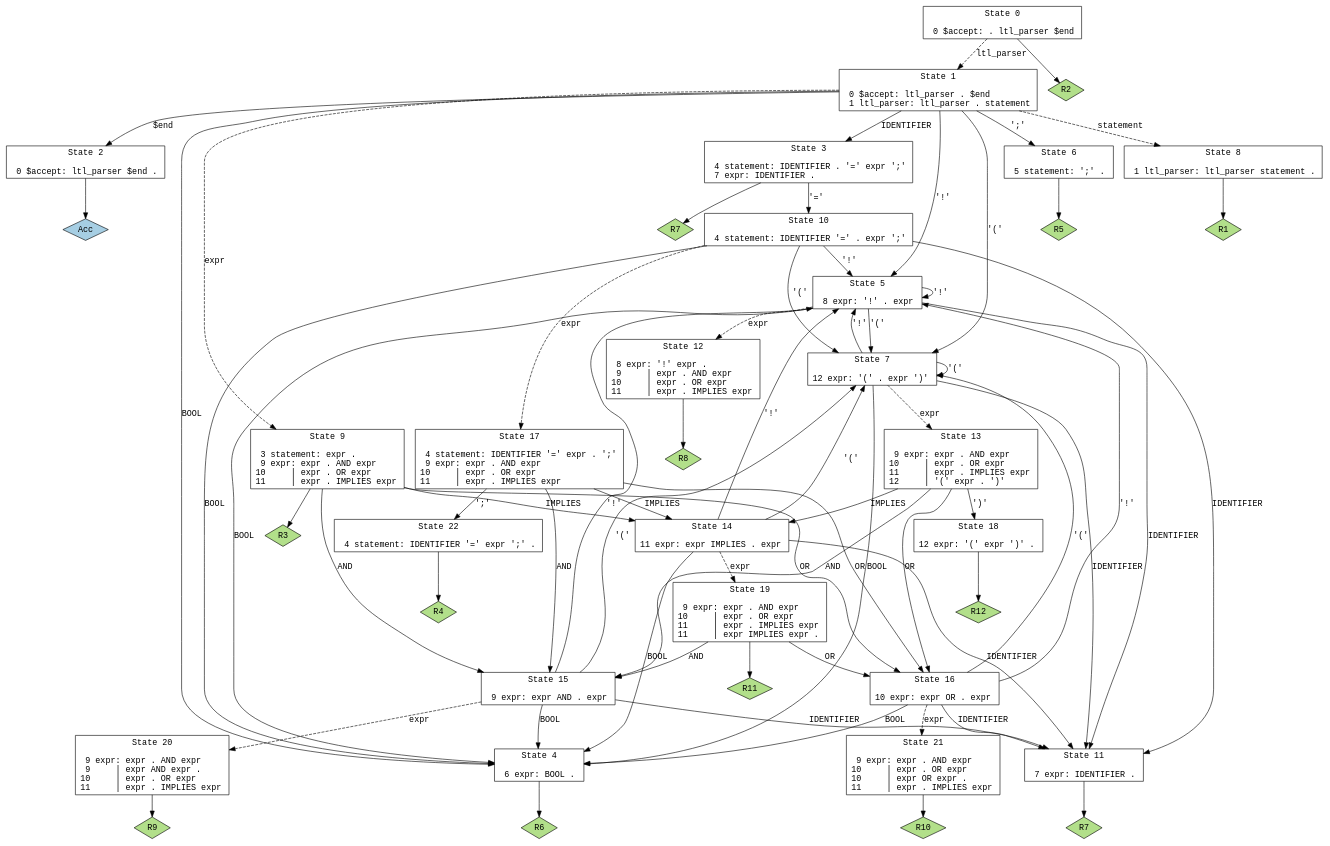
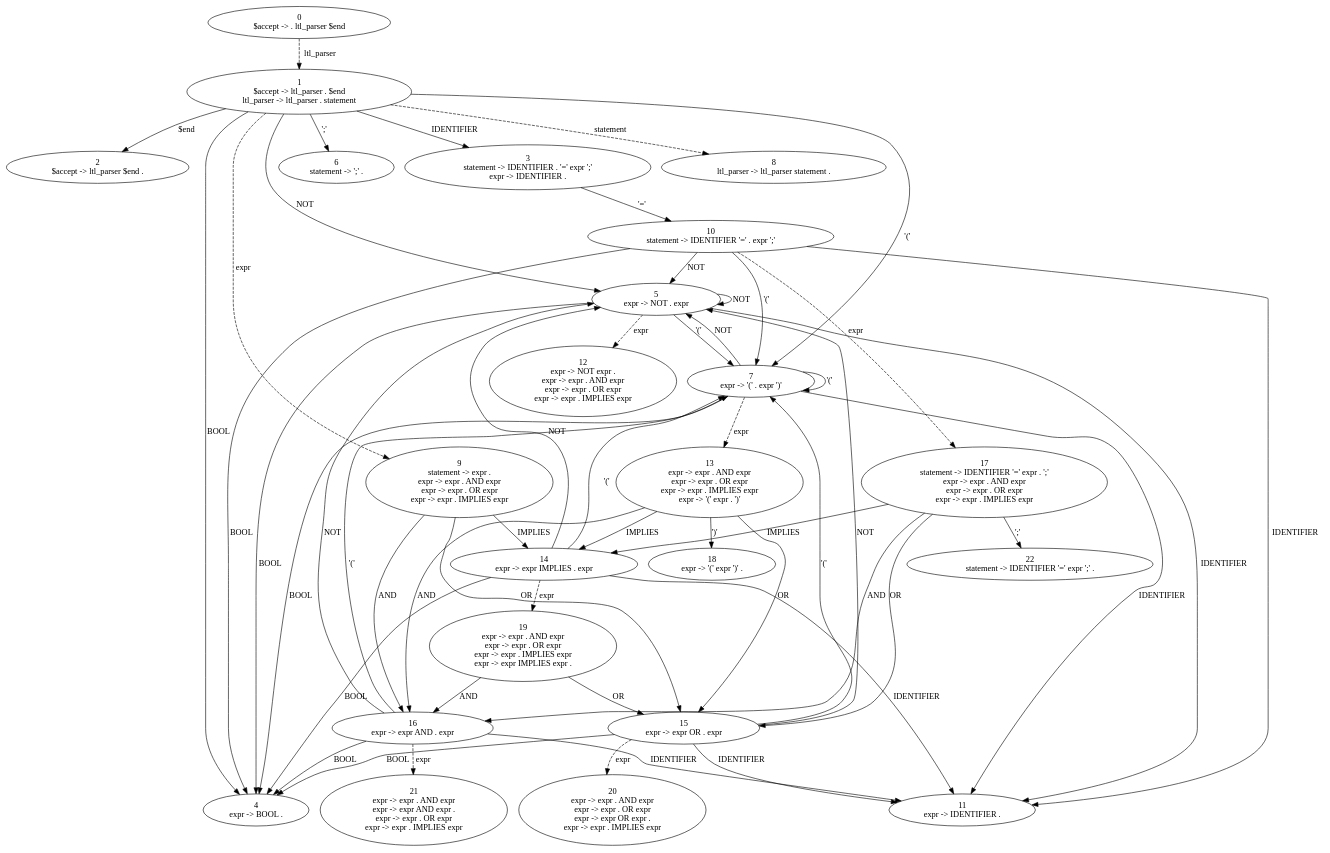
The diagram in ltl_parser.dot (huseinz/tracever), drawn with Graphviz before and after one commit. The commit also changed 11 other files, not shown here.

```diff
--- a/ltl_parser.dot
+++ b/ltl_parser.dot
@@ -1,114 +1,83 @@
-// Generated by GNU Bison 3.0.2.
+// Generated by GNU Bison 2.5.
 // Report bugs to <bug-bison@gnu.org>.
 // Home page: <http://www.gnu.org/software/bison/>.
 
 digraph "ltl_parser.y"
 {
-  node [fontname = courier, shape = box, colorscheme = paired6]
-  edge [fontname = courier]
-
-  0 [label="State 0\n\l  0 $accept: . ltl_parser $end\l"]
+  0 [label="0\n$accept -> . ltl_parser $end"]
   0 -> 1 [style=dashed label="ltl_parser"]
-  0 -> "0R2" [style=solid]
- "0R2" [label="R2", fillcolor=3, shape=diamond, style=filled]
-  1 [label="State 1\n\l  0 $accept: ltl_parser . $end\l  1 ltl_parser: ltl_parser . statement\l"]
+  1 [label="1\n$accept -> ltl_parser . $end\nltl_parser -> ltl_parser . statement"]
   1 -> 2 [style=solid label="$end"]
   1 -> 3 [style=solid label="IDENTIFIER"]
   1 -> 4 [style=solid label="BOOL"]
-  1 -> 5 [style=solid label="'!'"]
+  1 -> 5 [style=solid label="NOT"]
   1 -> 6 [style=solid label="';'"]
   1 -> 7 [style=solid label="'('"]
   1 -> 8 [style=dashed label="statement"]
   1 -> 9 [style=dashed label="expr"]
-  2 [label="State 2\n\l  0 $accept: ltl_parser $end .\l"]
-  2 -> "2R0" [style=solid]
- "2R0" [label="Acc", fillcolor=1, shape=diamond, style=filled]
-  3 [label="State 3\n\l  4 statement: IDENTIFIER . '=' expr ';'\l  7 expr: IDENTIFIER .\l"]
+  2 [label="2\n$accept -> ltl_parser $end ."]
+  3 [label="3\nstatement -> IDENTIFIER . '=' expr ';'\nexpr -> IDENTIFIER ."]
   3 -> 10 [style=solid label="'='"]
-  3 -> "3R7" [style=solid]
- "3R7" [label="R7", fillcolor=3, shape=diamond, style=filled]
-  4 [label="State 4\n\l  6 expr: BOOL .\l"]
-  4 -> "4R6" [style=solid]
- "4R6" [label="R6", fillcolor=3, shape=diamond, style=filled]
-  5 [label="State 5\n\l  8 expr: '!' . expr\l"]
+  4 [label="4\nexpr -> BOOL ."]
+  5 [label="5\nexpr -> NOT . expr"]
   5 -> 11 [style=solid label="IDENTIFIER"]
   5 -> 4 [style=solid label="BOOL"]
-  5 -> 5 [style=solid label="'!'"]
+  5 -> 5 [style=solid label="NOT"]
   5 -> 7 [style=solid label="'('"]
   5 -> 12 [style=dashed label="expr"]
-  6 [label="State 6\n\l  5 statement: ';' .\l"]
-  6 -> "6R5" [style=solid]
- "6R5" [label="R5", fillcolor=3, shape=diamond, style=filled]
-  7 [label="State 7\n\l 12 expr: '(' . expr ')'\l"]
+  6 [label="6\nstatement -> ';' ."]
+  7 [label="7\nexpr -> '(' . expr ')'"]
   7 -> 11 [style=solid label="IDENTIFIER"]
   7 -> 4 [style=solid label="BOOL"]
-  7 -> 5 [style=solid label="'!'"]
+  7 -> 5 [style=solid label="NOT"]
   7 -> 7 [style=solid label="'('"]
   7 -> 13 [style=dashed label="expr"]
-  8 [label="State 8\n\l  1 ltl_parser: ltl_parser statement .\l"]
-  8 -> "8R1" [style=solid]
- "8R1" [label="R1", fillcolor=3, shape=diamond, style=filled]
-  9 [label="State 9\n\l  3 statement: expr .\l  9 expr: expr . AND expr\l 10     | expr . OR expr\l 11     | expr . IMPLIES expr\l"]
+  8 [label="8\nltl_parser -> ltl_parser statement ."]
+  9 [label="9\nstatement -> expr .\nexpr -> expr . AND expr\nexpr -> expr . OR expr\nexpr -> expr . IMPLIES expr"]
   9 -> 14 [style=solid label="IMPLIES"]
-  9 -> 15 [style=solid label="AND"]
-  9 -> 16 [style=solid label="OR"]
-  9 -> "9R3" [style=solid]
- "9R3" [label="R3", fillcolor=3, shape=diamond, style=filled]
-  10 [label="State 10\n\l  4 statement: IDENTIFIER '=' . expr ';'\l"]
+  9 -> 15 [style=solid label="OR"]
+  9 -> 16 [style=solid label="AND"]
+  10 [label="10\nstatement -> IDENTIFIER '=' . expr ';'"]
   10 -> 11 [style=solid label="IDENTIFIER"]
   10 -> 4 [style=solid label="BOOL"]
-  10 -> 5 [style=solid label="'!'"]
+  10 -> 5 [style=solid label="NOT"]
   10 -> 7 [style=solid label="'('"]
   10 -> 17 [style=dashed label="expr"]
-  11 [label="State 11\n\l  7 expr: IDENTIFIER .\l"]
-  11 -> "11R7" [style=solid]
- "11R7" [label="R7", fillcolor=3, shape=diamond, style=filled]
-  12 [label="State 12\n\l  8 expr: '!' expr .\l  9     | expr . AND expr\l 10     | expr . OR expr\l 11     | expr . IMPLIES expr\l"]
-  12 -> "12R8" [style=solid]
- "12R8" [label="R8", fillcolor=3, shape=diamond, style=filled]
-  13 [label="State 13\n\l  9 expr: expr . AND expr\l 10     | expr . OR expr\l 11     | expr . IMPLIES expr\l 12     | '(' expr . ')'\l"]
+  11 [label="11\nexpr -> IDENTIFIER ."]
+  12 [label="12\nexpr -> NOT expr .\nexpr -> expr . AND expr\nexpr -> expr . OR expr\nexpr -> expr . IMPLIES expr"]
+  13 [label="13\nexpr -> expr . AND expr\nexpr -> expr . OR expr\nexpr -> expr . IMPLIES expr\nexpr -> '(' expr . ')'"]
   13 -> 14 [style=solid label="IMPLIES"]
-  13 -> 15 [style=solid label="AND"]
-  13 -> 16 [style=solid label="OR"]
+  13 -> 15 [style=solid label="OR"]
+  13 -> 16 [style=solid label="AND"]
   13 -> 18 [style=solid label="')'"]
-  14 [label="State 14\n\l 11 expr: expr IMPLIES . expr\l"]
+  14 [label="14\nexpr -> expr IMPLIES . expr"]
   14 -> 11 [style=solid label="IDENTIFIER"]
   14 -> 4 [style=solid label="BOOL"]
-  14 -> 5 [style=solid label="'!'"]
+  14 -> 5 [style=solid label="NOT"]
   14 -> 7 [style=solid label="'('"]
   14 -> 19 [style=dashed label="expr"]
-  15 [label="State 15\n\l  9 expr: expr AND . expr\l"]
+  15 [label="15\nexpr -> expr OR . expr"]
   15 -> 11 [style=solid label="IDENTIFIER"]
   15 -> 4 [style=solid label="BOOL"]
-  15 -> 5 [style=solid label="'!'"]
+  15 -> 5 [style=solid label="NOT"]
   15 -> 7 [style=solid label="'('"]
   15 -> 20 [style=dashed label="expr"]
-  16 [label="State 16\n\l 10 expr: expr OR . expr\l"]
+  16 [label="16\nexpr -> expr AND . expr"]
   16 -> 11 [style=solid label="IDENTIFIER"]
   16 -> 4 [style=solid label="BOOL"]
-  16 -> 5 [style=solid label="'!'"]
+  16 -> 5 [style=solid label="NOT"]
   16 -> 7 [style=solid label="'('"]
   16 -> 21 [style=dashed label="expr"]
-  17 [label="State 17\n\l  4 statement: IDENTIFIER '=' expr . ';'\l  9 expr: expr . AND expr\l 10     | expr . OR expr\l 11     | expr . IMPLIES expr\l"]
+  17 [label="17\nstatement -> IDENTIFIER '=' expr . ';'\nexpr -> expr . AND expr\nexpr -> expr . OR expr\nexpr -> expr . IMPLIES expr"]
   17 -> 14 [style=solid label="IMPLIES"]
-  17 -> 15 [style=solid label="AND"]
-  17 -> 16 [style=solid label="OR"]
+  17 -> 15 [style=solid label="OR"]
+  17 -> 16 [style=solid label="AND"]
   17 -> 22 [style=solid label="';'"]
-  18 [label="State 18\n\l 12 expr: '(' expr ')' .\l"]
-  18 -> "18R12" [style=solid]
- "18R12" [label="R12", fillcolor=3, shape=diamond, style=filled]
-  19 [label="State 19\n\l  9 expr: expr . AND expr\l 10     | expr . OR expr\l 11     | expr . IMPLIES expr\l 11     | expr IMPLIES expr .\l"]
-  19 -> 15 [style=solid label="AND"]
-  19 -> 16 [style=solid label="OR"]
-  19 -> "19R11" [style=solid]
- "19R11" [label="R11", fillcolor=3, shape=diamond, style=filled]
-  20 [label="State 20\n\l  9 expr: expr . AND expr\l  9     | expr AND expr .\l 10     | expr . OR expr\l 11     | expr . IMPLIES expr\l"]
-  20 -> "20R9" [style=solid]
- "20R9" [label="R9", fillcolor=3, shape=diamond, style=filled]
-  21 [label="State 21\n\l  9 expr: expr . AND expr\l 10     | expr . OR expr\l 10     | expr OR expr .\l 11     | expr . IMPLIES expr\l"]
-  21 -> "21R10" [style=solid]
- "21R10" [label="R10", fillcolor=3, shape=diamond, style=filled]
-  22 [label="State 22\n\l  4 statement: IDENTIFIER '=' expr ';' .\l"]
-  22 -> "22R4" [style=solid]
- "22R4" [label="R4", fillcolor=3, shape=diamond, style=filled]
+  18 [label="18\nexpr -> '(' expr ')' ."]
+  19 [label="19\nexpr -> expr . AND expr\nexpr -> expr . OR expr\nexpr -> expr . IMPLIES expr\nexpr -> expr IMPLIES expr ."]
+  19 -> 15 [style=solid label="OR"]
+  19 -> 16 [style=solid label="AND"]
+  20 [label="20\nexpr -> expr . AND expr\nexpr -> expr . OR expr\nexpr -> expr OR expr .\nexpr -> expr . IMPLIES expr"]
+  21 [label="21\nexpr -> expr . AND expr\nexpr -> expr AND expr .\nexpr -> expr . OR expr\nexpr -> expr . IMPLIES expr"]
+  22 [label="22\nstatement -> IDENTIFIER '=' expr ';' ."]
 }
```
